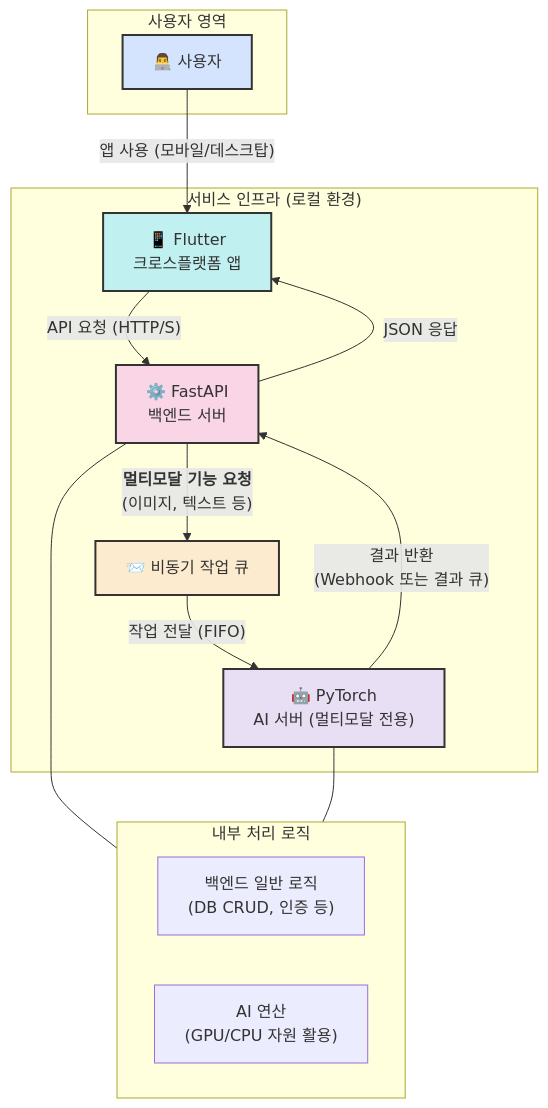
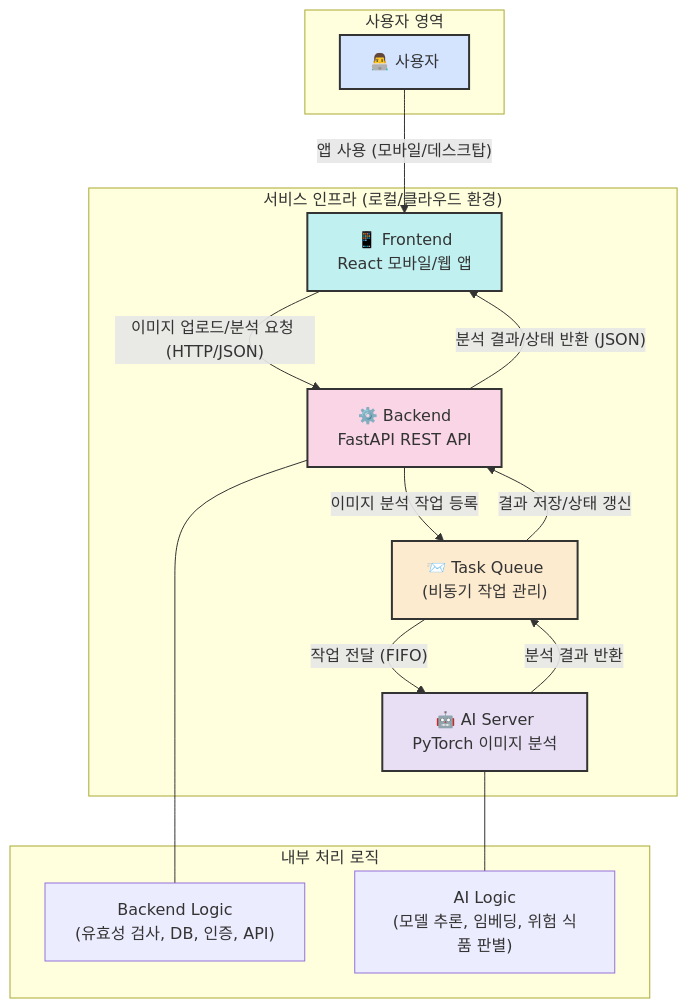
Before and after one commit to ShinYoung-hwan/pet-poison-guard: the diagram in README.md, drawn with Mermaid. The commit also changed other lines of this file and 44 other files, not shown here.

````diff
--- a/README.md
+++ b/README.md
@@ -13,40 +113,37 @@
 ```mermaid
-graph TD
-    subgraph "사용자 영역"
+flowchart TD
+    subgraph 사용자["사용자 영역"]
         User["👨‍💻 사용자"]
     end
 
-    subgraph "서비스 인프라 (로컬 환경)"
-        Frontend["📱 Flutter<br>크로스플랫폼 앱"]
-        Backend["⚙️ FastAPI<br>백엔드 서버"]
-        TaskQueue["📨 비동기 작업 큐<br>"]
-        AIServer["🤖 PyTorch<br>AI 서버 (멀티모달 전용)"]
+    subgraph Infra["서비스 인프라 (로컬/클라우드 환경)"]
+        FE["📱 Frontend<br>React 모바일/웹 앱"]
+        BE["⚙️ Backend<br>FastAPI REST API"]
+        Queue["📨 Task Queue<br>(비동기 작업 관리)"]
+        AI["🤖 AI Server<br>PyTorch 이미지 분석"]
     end
 
-    %% 데이터 흐름 정의
-    User -- "앱 사용 (모바일/데스크탑)" --> Frontend
-    
-    Frontend -- "API 요청 (HTTP/S)" --> Backend
-    Backend -- "JSON 응답" --> Frontend
-    
-    Backend -- "<b>멀티모달 기능 요청</b><br>(이미지, 텍스트 등)" --> TaskQueue
-    TaskQueue -- "작업 전달 (FIFO)" --> AIServer
-    
-    AIServer -- "결과 반환<br>(Webhook 또는 결과 큐)" --> Backend
-    
-    subgraph "내부 처리 로직"
-      direction LR
-      Backend_Logic["백엔드 일반 로직<br>(DB CRUD, 인증 등)"]
-      AI_Processing["AI 연산<br>(GPU/CPU 자원 활용)"]
-      
-      Backend --- Backend_Logic
-      AIServer --- AI_Processing
+    %% 데이터 흐름
+    User -- "앱 사용 (모바일/데스크탑)" --> FE
+    FE -- "이미지 업로드/분석 요청 (HTTP/JSON)" --> BE
+    BE -- "분석 결과/상태 반환 (JSON)" --> FE
+
+    BE -- "이미지 분석 작업 등록" --> Queue
+    Queue -- "작업 전달 (FIFO)" --> AI
+    AI -- "분석 결과 반환" --> Queue
+    Queue -- "결과 저장/상태 갱신" --> BE
+
+    subgraph Logic["내부 처리 로직"]
+        BE_Logic["Backend Logic<br>(유효성 검사, DB, 인증, API)"]
+        AI_Logic["AI Logic<br>(모델 추론, 임베딩, 위험 식품 판별)"]
+        BE --- BE_Logic
+        AI --- AI_Logic
     end
 
     %% 스타일링
     style User fill:#d4e4ff,stroke:#333,stroke-width:2px
-    style Frontend fill:#c1f0f0,stroke:#333,stroke-width:2px
-    style Backend fill:#f9d5e5,stroke:#333,stroke-width:2px
-    style TaskQueue fill:#fdebd0,stroke:#333,stroke-width:2px
-    style AIServer fill:#e8dff5,stroke:#333,stroke-width:2px
+    style FE fill:#c1f0f0,stroke:#333,stroke-width:2px
+    style BE fill:#f9d5e5,stroke:#333,stroke-width:2px
+    style Queue fill:#fdebd0,stroke:#333,stroke-width:2px
+    style AI fill:#e8dff5,stroke:#333,stroke-width:2px
 ```
````
